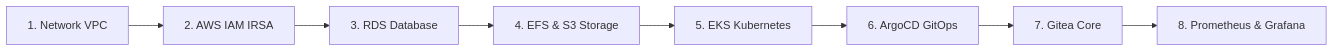
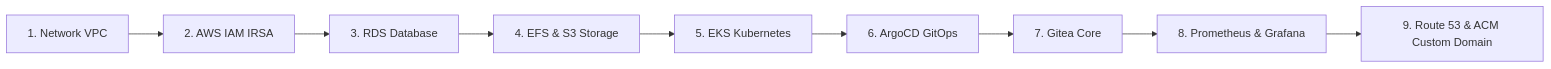
Before and after one commit to ariphmohd/gitea-platform: the second of 4 diagrams in README.md, drawn with Mermaid. The commit also changed other lines of this file, not shown here.

Commit message:
README.md updated with custom domain features

````diff
--- a/README.md
+++ b/README.md
@@ -102,10 +121,11 @@
 ```mermaid
 flowchart LR
     C1["1. Network VPC"] --> C2["2. AWS IAM IRSA"]
     C2 --> C3["3. RDS Database"]
     C3 --> C4["4. EFS & S3 Storage"]
     C4 --> C5["5. EKS Kubernetes"]
     C5 --> C6["6. ArgoCD GitOps"]
     C6 --> C7["7. Gitea Core"]
     C7 --> C8["8. Prometheus & Grafana"]
+    C8 --> C9["9. Route 53 & ACM Custom Domain"]
 ```
````
